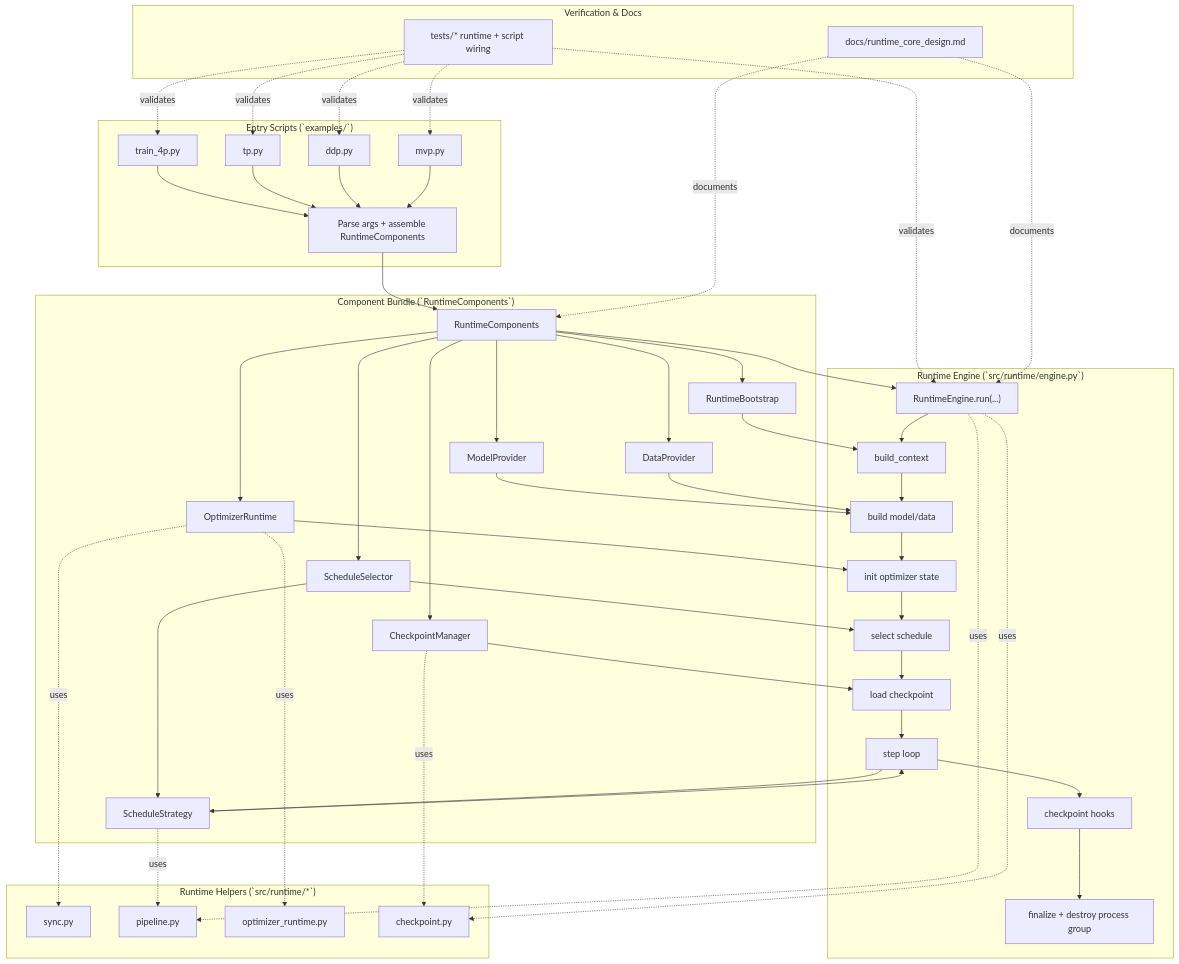
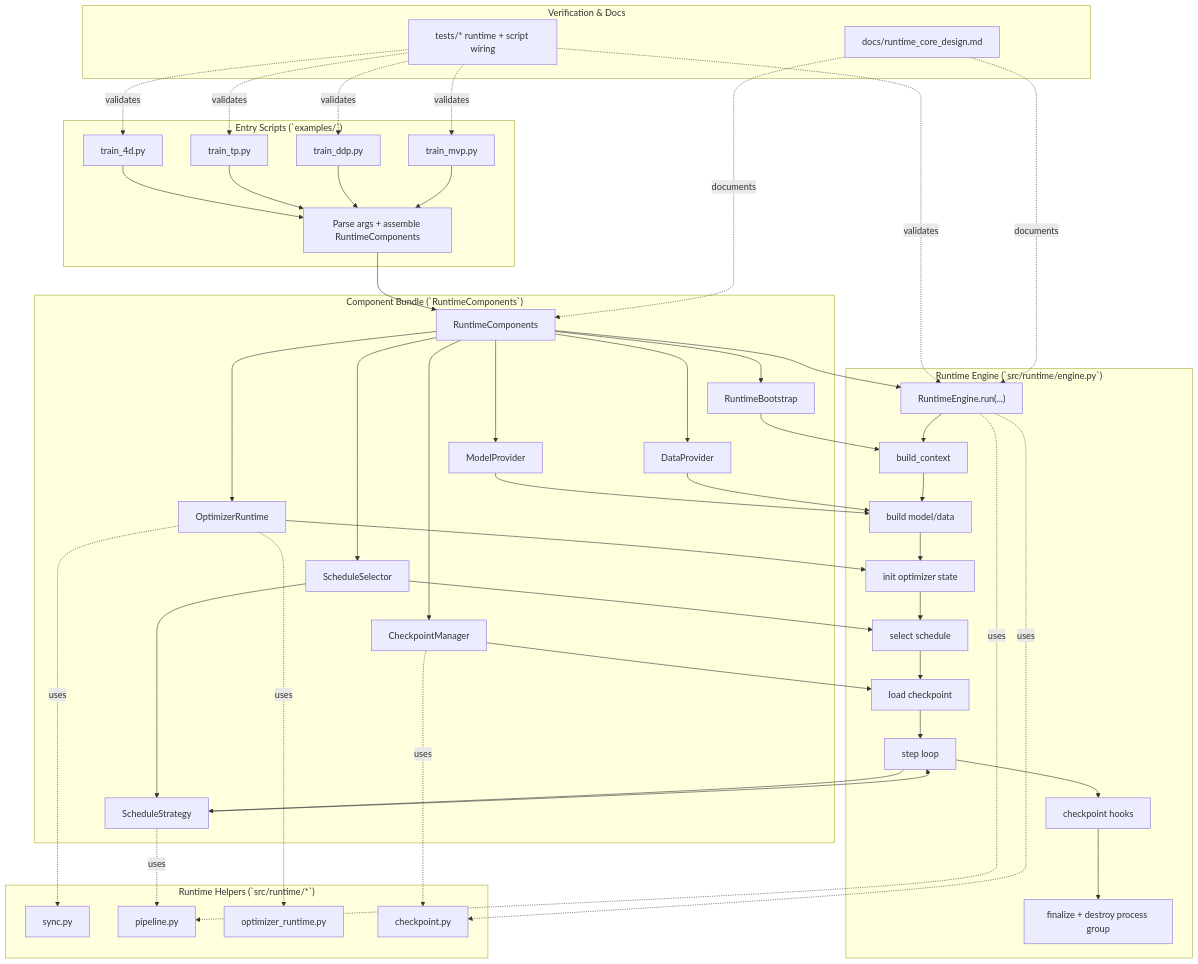
The diagram in README.md (lastweek/nano-train), drawn with Mermaid before and after one commit. The commit also changed other lines of this file and 58 other files, not shown here.

````diff
--- a/README.md
+++ b/README.md
@@ -83,10 +100,10 @@
 ```mermaid
 flowchart TD
     subgraph E["Entry Scripts (`examples/`)"]
-        E1["train_4p.py"]
-        E2["tp.py"]
-        E3["ddp.py"]
-        E4["mvp.py"]
+        E1["train_4d.py"]
+        E2["train_tp.py"]
+        E3["train_ddp.py"]
+        E4["train_mvp.py"]
         E5["Parse args + assemble RuntimeComponents"]
     end
 
````
